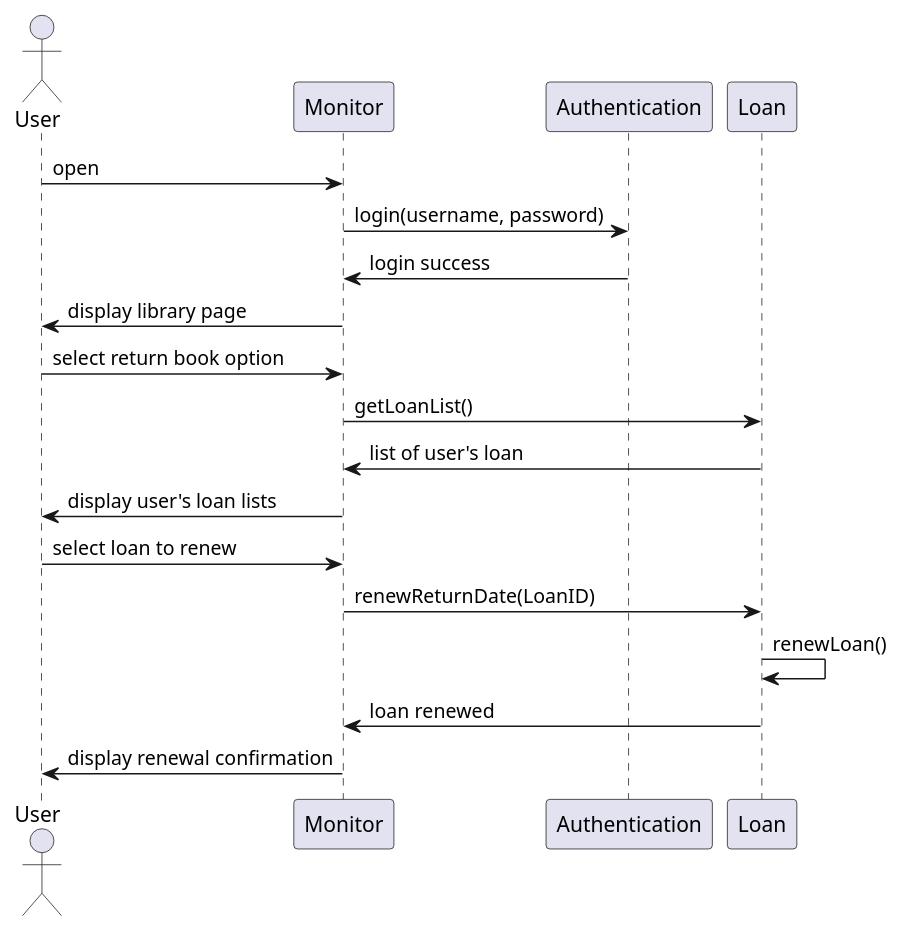
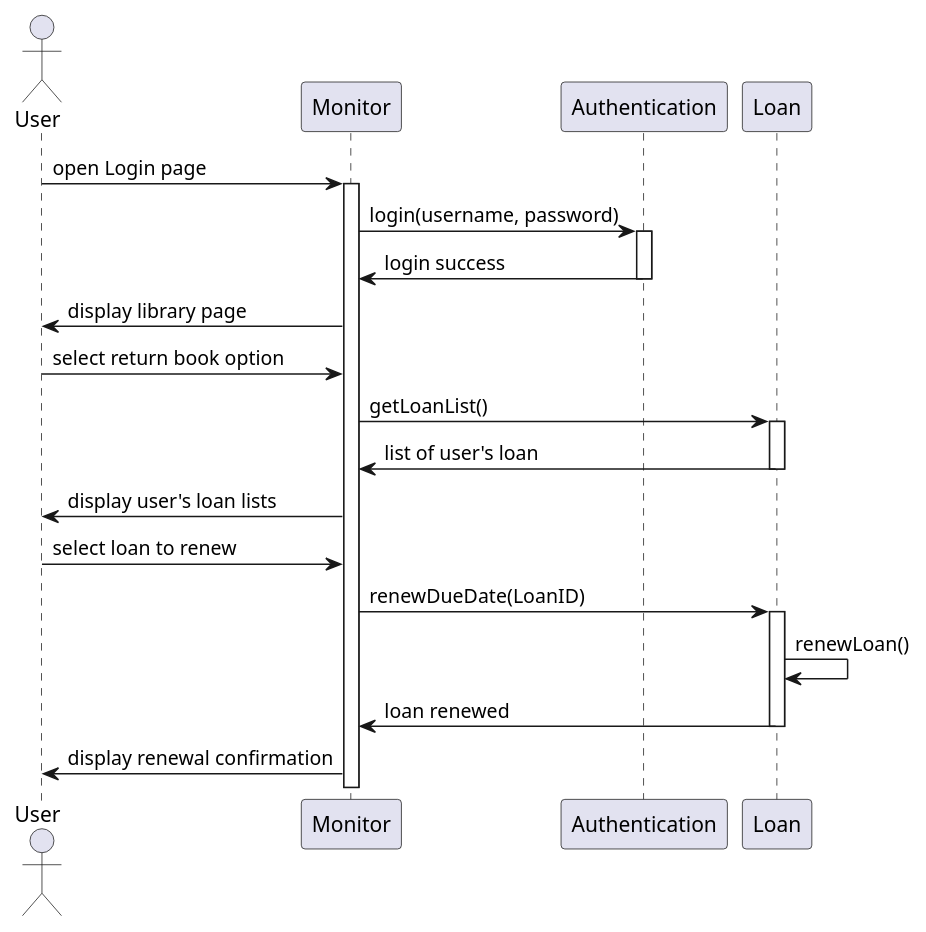
One commit to zuzu2307/Final_UML changed the diagram in src/renewLoan.puml. Above: the diagram before and after it, drawn with PlantUML. The commit also changed 13 other files, not shown here.

```diff
--- a/src/renewLoan.puml
+++ b/src/renewLoan.puml
@@ -1,22 +1,30 @@
 @startuml
 actor User
 participant Monitor
 participant Authentication
 participant Loan
 
-User -> Monitor: open
+User -> Monitor: open Login page
+activate Monitor
 Monitor -> Authentication: login(username, password)
+activate Authentication
 Authentication -> Monitor: login success
+deactivate Authentication
 Monitor -> User: display library page
+
 
 User -> Monitor: select return book option
 Monitor -> Loan: getLoanList()
+activate Loan
 Loan -> Monitor: list of user's loan
+deactivate Loan
 Monitor -> User: display user's loan lists
 
 User -> Monitor: select loan to renew
-Monitor -> Loan: renewReturnDate(LoanID)
+Monitor -> Loan: renewDueDate(LoanID)
+activate Loan
 Loan -> Loan: renewLoan()
 Loan -> Monitor: loan renewed
+deactivate Loan
 Monitor -> User: display renewal confirmation
 @enduml
```
